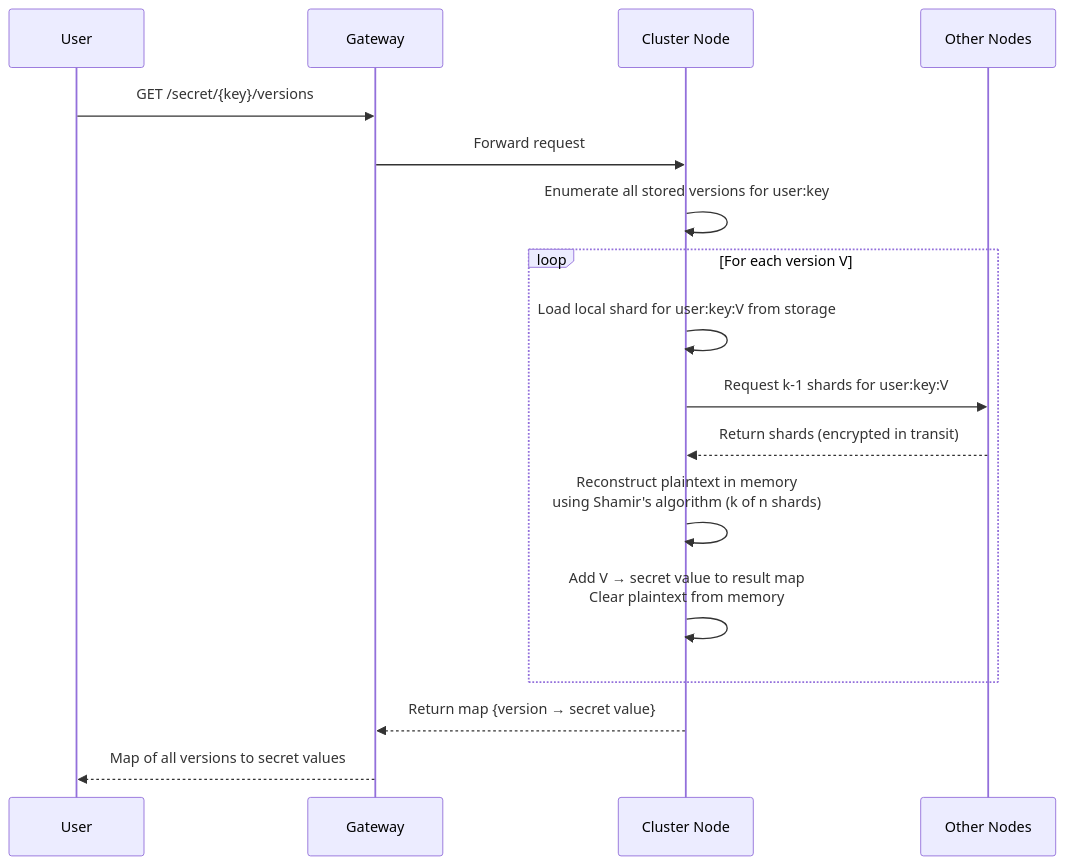
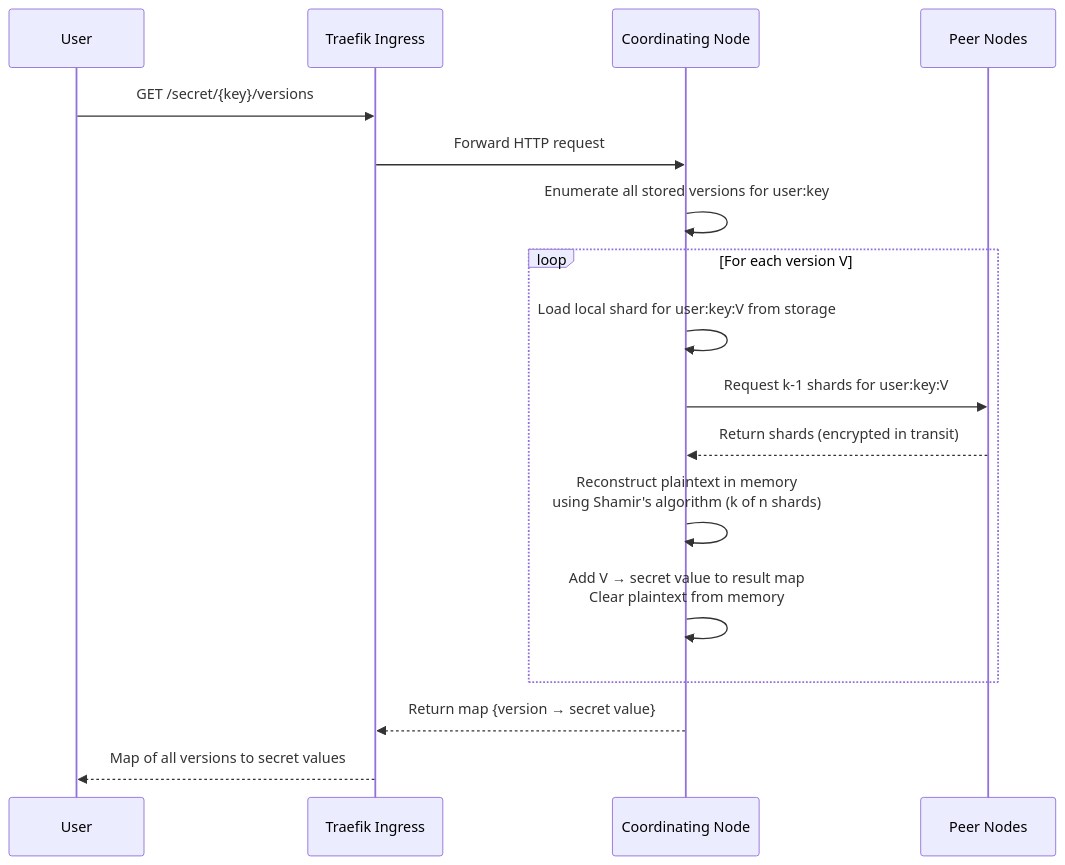
Before and after one commit to S26-Distributed-Capstone/DistributedSecretsVault: the third of 3 diagrams in docs/crud/retrieve.md, drawn with Mermaid. The commit also changed other lines of this file and 7 other files, not shown here.

````diff
--- a/docs/crud/retrieve.md
+++ b/docs/crud/retrieve.md
@@ -108,20 +108,20 @@
 ```mermaid
 sequenceDiagram
     participant User
-    participant Gateway
-    participant Node as Cluster Node
-    participant Peers as Other Nodes
+    participant Ingress as Traefik Ingress
+    participant Node as Coordinating Node
+    participant Peers as Peer Nodes
 
-    User->>Gateway: GET /secret/{key}/versions
-    Gateway->>Node: Forward request
+    User->>Ingress: GET /secret/{key}/versions
+    Ingress->>Node: Forward HTTP request
     Node->>Node: Enumerate all stored versions for user:key
     loop For each version V
         Node->>Node: Load local shard for user:key:V from storage
         Node->>Peers: Request k-1 shards for user:key:V
         Peers-->>Node: Return shards (encrypted in transit)
         Node->>Node: Reconstruct plaintext in memory<br/>using Shamir's algorithm (k of n shards)
         Node->>Node: Add V → secret value to result map<br/>Clear plaintext from memory
     end
-    Node-->>Gateway: Return map {version → secret value}
-    Gateway-->>User: Map of all versions to secret values
+    Node-->>Ingress: Return map {version → secret value}
+    Ingress-->>User: Map of all versions to secret values
 ```
````
